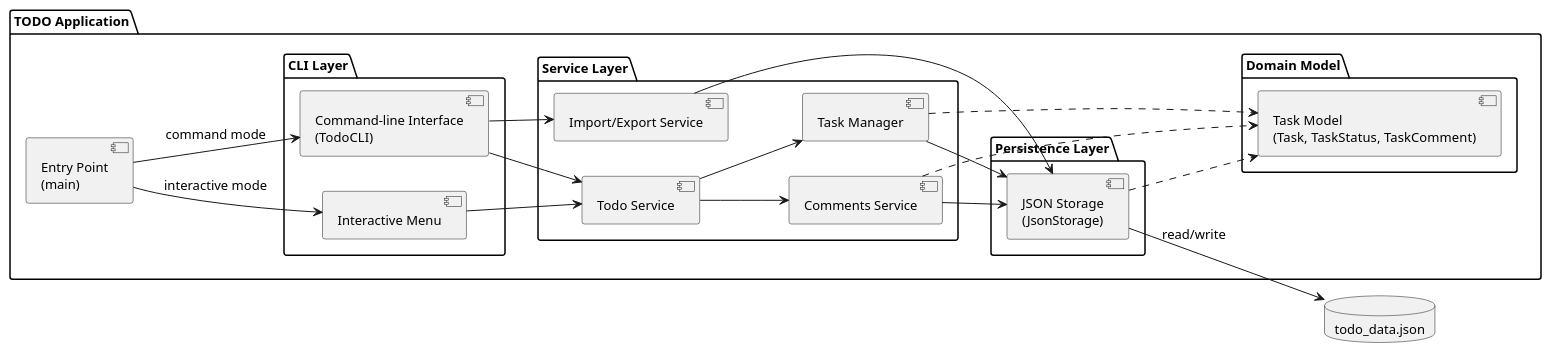
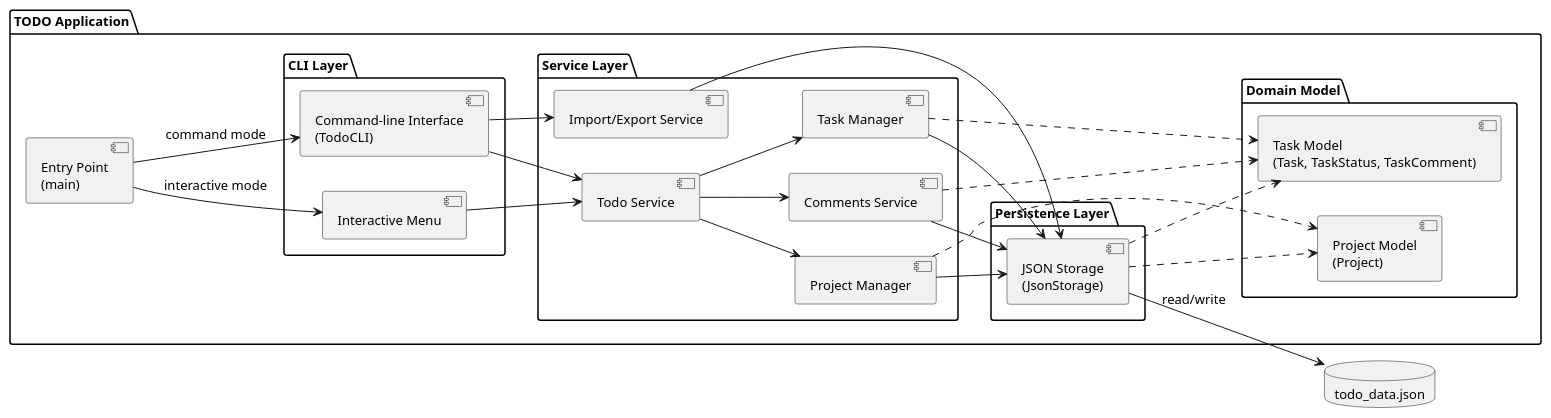
The diagram in experiments/broadcast/structured_text/TODO/artifacts/component_diagram.puml (DanielRiha8906/Software_autoevolution_using_agents), drawn with PlantUML before and after one commit. The commit also changed 16 other files, not shown here.

```diff
--- a/experiments/broadcast/structured_text/TODO/artifacts/component_diagram.puml
+++ b/experiments/broadcast/structured_text/TODO/artifacts/component_diagram.puml
@@ -1,53 +1,59 @@
 @startuml component_diagram
 
 skinparam componentStyle uml2
 skinparam defaultFontSize 13
 
 left to right direction
 
 package "TODO Application" {
 
     component "Entry Point\n(main)" as Main
 
     package "CLI Layer" {
         component "Interactive Menu" as IM
         component "Command-line Interface\n(TodoCLI)" as CLI
     }
 
     package "Service Layer" {
         component "Todo Service" as SVC
         component "Task Manager" as MGR
+        component "Project Manager" as PMGR
         component "Comments Service" as CMTS
         component "Import/Export Service" as IMPEXP
     }
 
     package "Domain Model" {
         component "Task Model\n(Task, TaskStatus, TaskComment)" as Model
+        component "Project Model\n(Project)" as ProjModel
     }
 
     package "Persistence Layer" {
         component "JSON Storage\n(JsonStorage)" as Storage
     }
 }
 
 database "todo_data.json" as DB
 
 Main --> IM : interactive mode
 Main --> CLI : command mode
 
 IM --> SVC
 CLI --> SVC
 CLI --> IMPEXP
 
 SVC --> MGR
+SVC --> PMGR
 SVC --> CMTS
 MGR --> Storage
+PMGR --> Storage
 CMTS --> Storage
 IMPEXP --> Storage
 MGR ..> Model
+PMGR ..> ProjModel
 CMTS ..> Model
 Storage ..> Model
+Storage ..> ProjModel
 
 Storage --> DB : read/write
 
 @enduml
```
